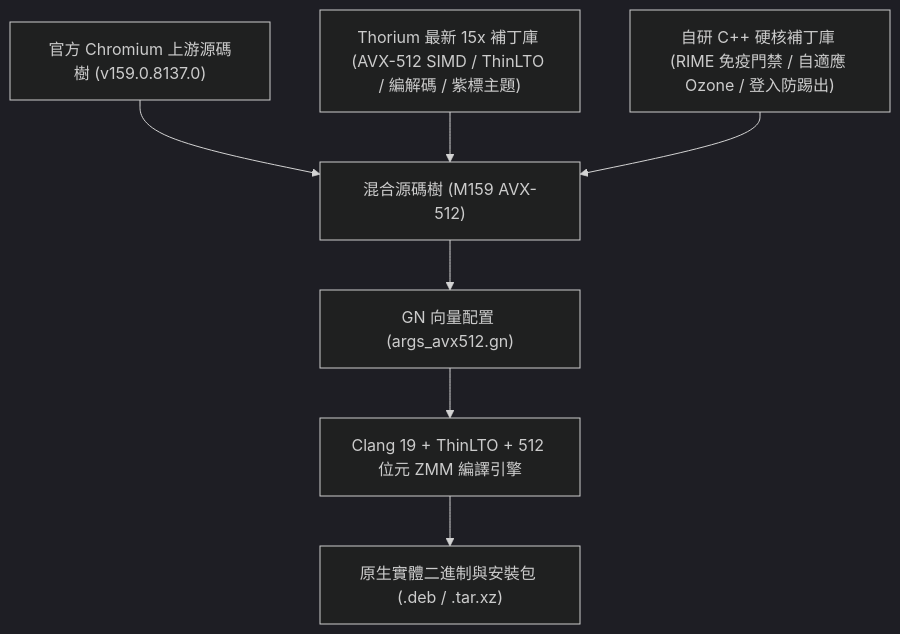
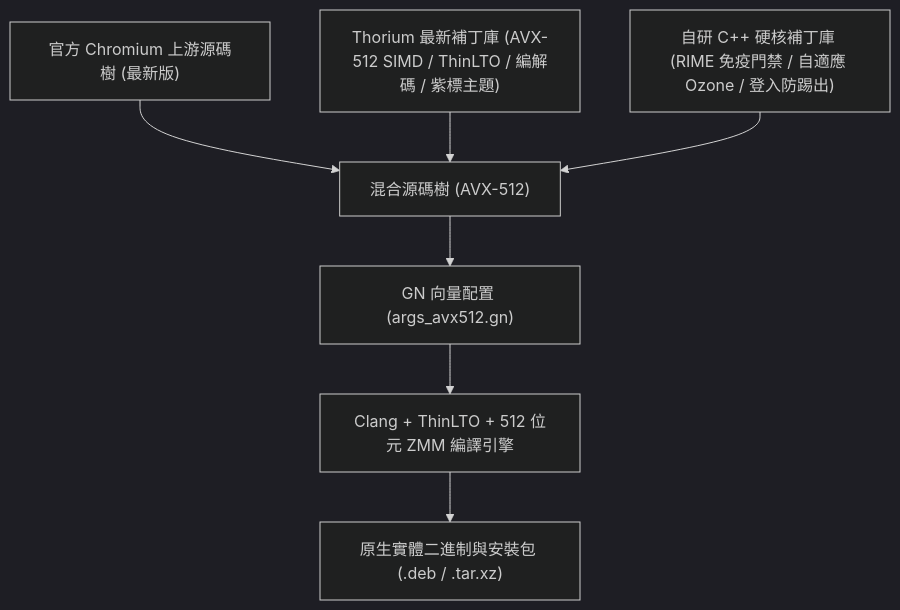
The diagram in README_zh.md (obhasashare2024-namo/thorium-avx512-rime), drawn with Mermaid (dark theme) before and after one commit. The commit also changed other lines of this file and 2 other files, not shown here.

````diff
--- a/README_zh.md
+++ b/README_zh.md
@@ -22,9 +26,9 @@
 ```mermaid
 graph TD
-    A["官方 Chromium 上游源碼樹 (v159.0.8137.0)"] --> D["混合源碼樹 (M159 AVX-512)"]
-    B["Thorium 最新 15x 補丁庫 (AVX-512 SIMD / ThinLTO / 編解碼 / 紫標主題)"] --> D
+    A["官方 Chromium 上游源碼樹 (最新版)"] --> D["混合源碼樹 (AVX-512)"]
+    B["Thorium 最新補丁庫 (AVX-512 SIMD / ThinLTO / 編解碼 / 紫標主題)"] --> D
     C["自研 C++ 硬核補丁庫 (RIME 免疫門禁 / 自適應 Ozone / 登入防踢出)"] --> D
     D --> E["GN 向量配置 (args_avx512.gn)"]
-    E --> F["Clang 19 + ThinLTO + 512 位元 ZMM 編譯引擎"]
+    E --> F["Clang + ThinLTO + 512 位元 ZMM 編譯引擎"]
     F --> G["原生實體二進制與安裝包 (.deb / .tar.xz)"]
 ```
````
